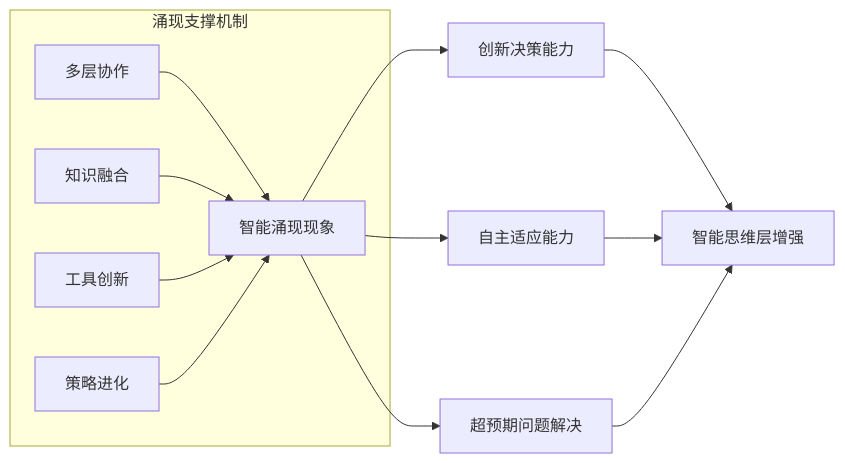
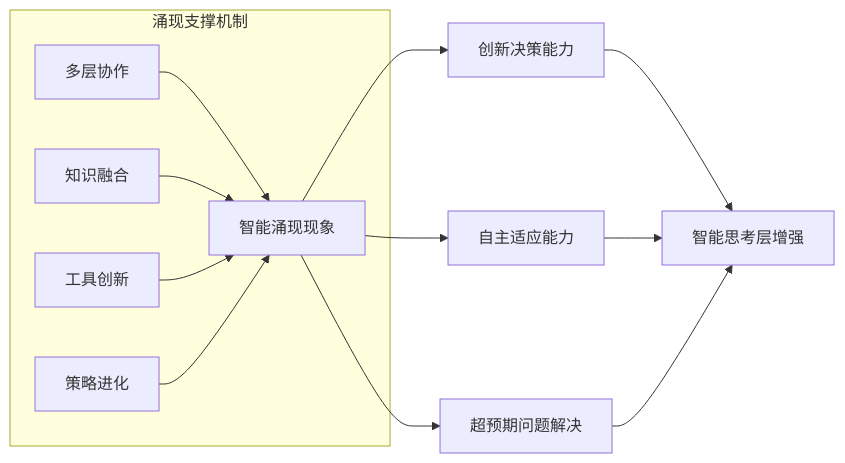
One commit to youyoude/agi-app-dev-guide-book changed the second of 7 diagrams in 第五部分_核心进化/5.1_智能涌现/5.1.2_智能涌现层与其他核心层的关系分析.md. Above: the diagram before and after it, drawn with Mermaid. The commit also changed other lines of this file and 19 other files, not shown here.

````diff
--- a/第五部分_核心进化/5.1_智能涌现/5.1.2_智能涌现层与其他核心层的关系分析.md
+++ b/第五部分_核心进化/5.1_智能涌现/5.1.2_智能涌现层与其他核心层的关系分析.md
@@ -58,17 +58,17 @@
 ```mermaid
 graph LR
     subgraph "涌现支撑机制"
         A[多层协作] --> B[智能涌现现象]
         C[知识融合] --> B
         D[工具创新] --> B
         E[策略进化] --> B
     end
     
     B --> F[创新决策能力]
     B --> G[自主适应能力]
     B --> H[超预期问题解决]
     
-    F --> IT[智能思维层增强]
+    F --> IT[智能思考层增强]
     G --> IT
     H --> IT
 ```
````
